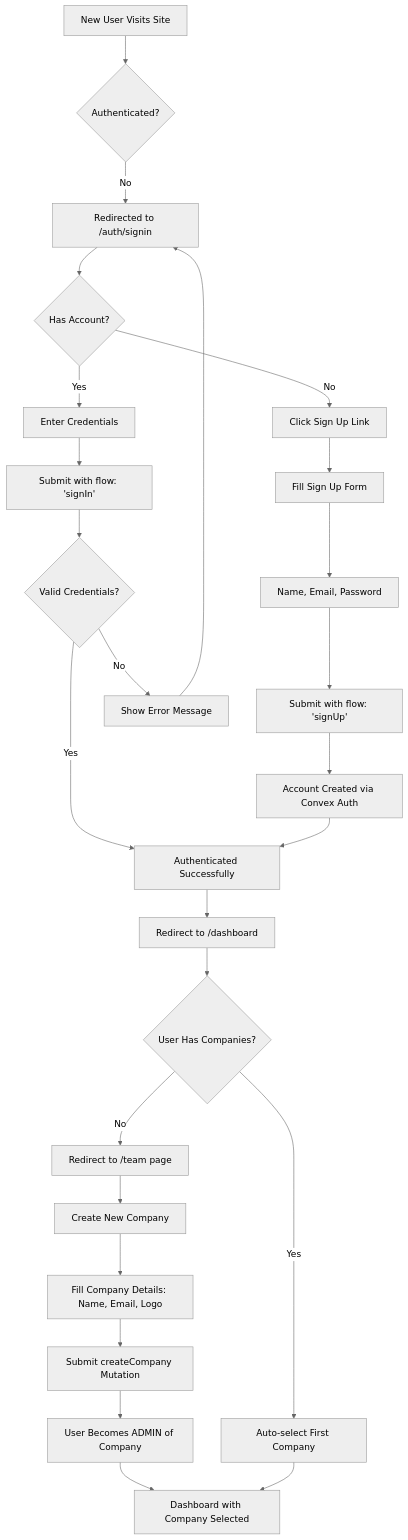
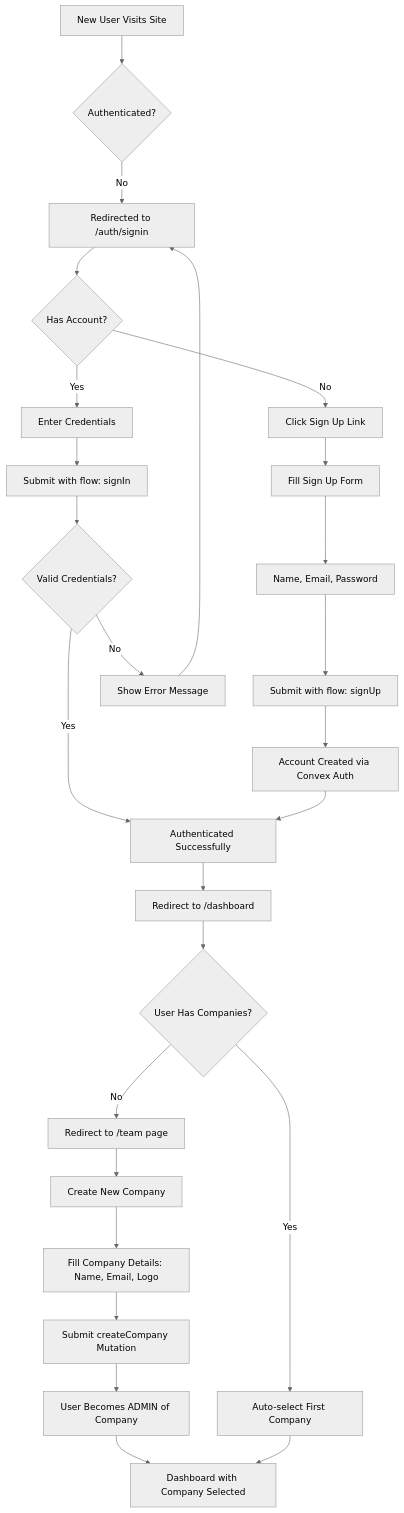
Before and after one commit to johnswaroop/xylor-estimator-convex: the first of 10 diagrams in docs/flow.md, drawn with Mermaid (neutral theme). The commit also changed other lines of this file, not shown here.

Commit message:
Refactor flowchart syntax in flow.md for improved readability and consistency across user journey diagrams.

````diff
--- a/docs/flow.md
+++ b/docs/flow.md
@@ -22,34 +22,34 @@
 ```mermaid
 flowchart TD
-    A[New User Visits Site] --> B{Authenticated?}
-    B -->|No| C[Redirected to /auth/signin]
-    C --> D{Has Account?}
-    D -->|No| E[Click Sign Up Link]
-    D -->|Yes| F[Enter Credentials]
+    A["New User Visits Site"] --> B{"Authenticated?"}
+    B -->|No| C["Redirected to /auth/signin"]
+    C --> D{"Has Account?"}
+    D -->|No| E["Click Sign Up Link"]
+    D -->|Yes| F["Enter Credentials"]
 
-    E --> G[Fill Sign Up Form]
-    G --> H[Name, Email, Password]
-    H --> I[Submit with flow: 'signUp']
-    I --> J[Account Created via Convex Auth]
+    E --> G["Fill Sign Up Form"]
+    G --> H["Name, Email, Password"]
+    H --> I["Submit with flow: signUp"]
+    I --> J["Account Created via Convex Auth"]
 
-    F --> K[Submit with flow: 'signIn']
-    K --> L{Valid Credentials?}
-    L -->|No| M[Show Error Message]
-    L -->|Yes| N[Authenticated Successfully]
+    F --> K["Submit with flow: signIn"]
+    K --> L{"Valid Credentials?"}
+    L -->|No| M["Show Error Message"]
+    L -->|Yes| N["Authenticated Successfully"]
 
     J --> N
     M --> C
-    N --> O[Redirect to /dashboard]
+    N --> O["Redirect to /dashboard"]
 
-    O --> P{User Has Companies?}
-    P -->|No| Q[Redirect to /team page]
-    P -->|Yes| R[Auto-select First Company]
+    O --> P{"User Has Companies?"}
+    P -->|No| Q["Redirect to /team page"]
+    P -->|Yes| R["Auto-select First Company"]
 
-    Q --> S[Create New Company]
-    S --> T[Fill Company Details: Name, Email, Logo]
-    T --> U[Submit createCompany Mutation]
-    U --> V[User Becomes ADMIN of Company]
-    V --> W[Redirect to Dashboard]
+    Q --> S["Create New Company"]
+    S --> T["Fill Company Details: Name, Email, Logo"]
+    T --> U["Submit createCompany Mutation"]
+    U --> V["User Becomes ADMIN of Company"]
+    V --> W["Redirect to Dashboard"]
 
-    R --> W[Dashboard with Company Selected]
+    R --> W["Dashboard with Company Selected"]
 ```
````
